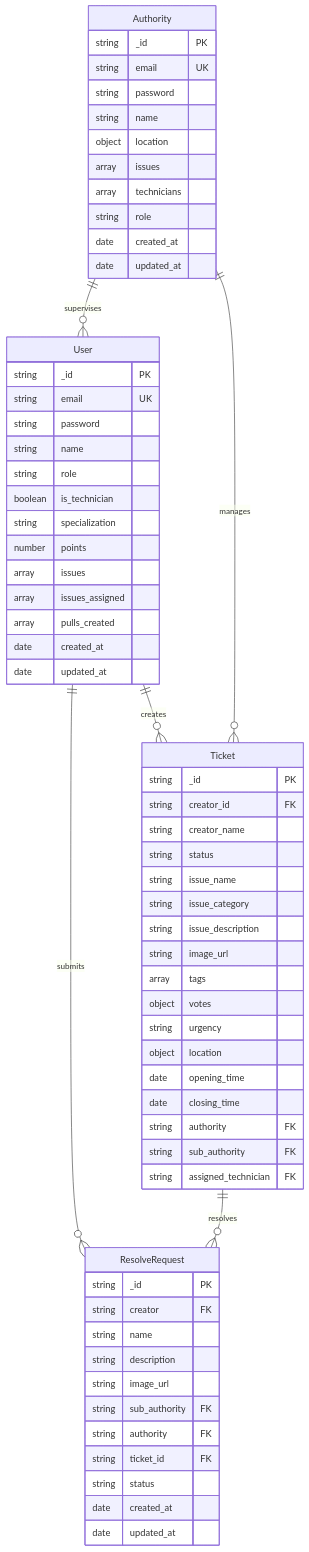
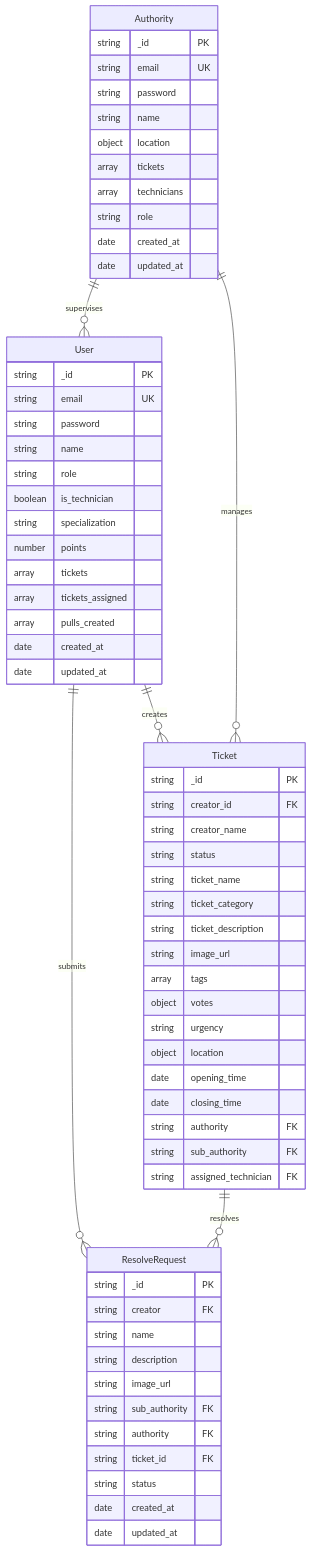
Before and after one commit to Swarnendu0123/civix: the diagram in docs/database/overview.md, drawn with Mermaid. The commit also changed other lines of this file and 45 other files, not shown here.

Commit message:
Refactor issue terminology to ticket throughout the application; update models, routes, and documentation accordingly

````diff
--- a/docs/database/overview.md
+++ b/docs/database/overview.md
@@ -7,71 +7,71 @@
 ```mermaid
 erDiagram
     User ||--o{ Ticket : creates
     User ||--o{ ResolveRequest : submits
     Authority ||--o{ Ticket : manages
     Authority ||--o{ User : supervises
     Ticket ||--o{ ResolveRequest : resolves
     
     User {
         string _id PK
         string email UK
         string password
         string name
         string role
         boolean is_technician
         string specialization
         number points
-        array issues
-        array issues_assigned
+        array tickets
+        array tickets_assigned
         array pulls_created
         date created_at
         date updated_at
     }
     
     Ticket {
         string _id PK
         string creator_id FK
         string creator_name
         string status
-        string issue_name
-        string issue_category
-        string issue_description
+        string ticket_name
+        string ticket_category
+        string ticket_description
         string image_url
         array tags
         object votes
         string urgency
         object location
         date opening_time
         date closing_time
         string authority FK
         string sub_authority FK
         string assigned_technician FK
     }
     
     Authority {
         string _id PK
         string email UK
         string password
         string name
         object location
-        array issues
+        array tickets
         array technicians
         string role
         date created_at
         date updated_at
     }
     
     ResolveRequest {
         string _id PK
         string creator FK
         string name
         string description
         string image_url
         string sub_authority FK
         string authority FK
         string ticket_id FK
         string status
         date created_at
         date updated_at
     }
 ```
````
